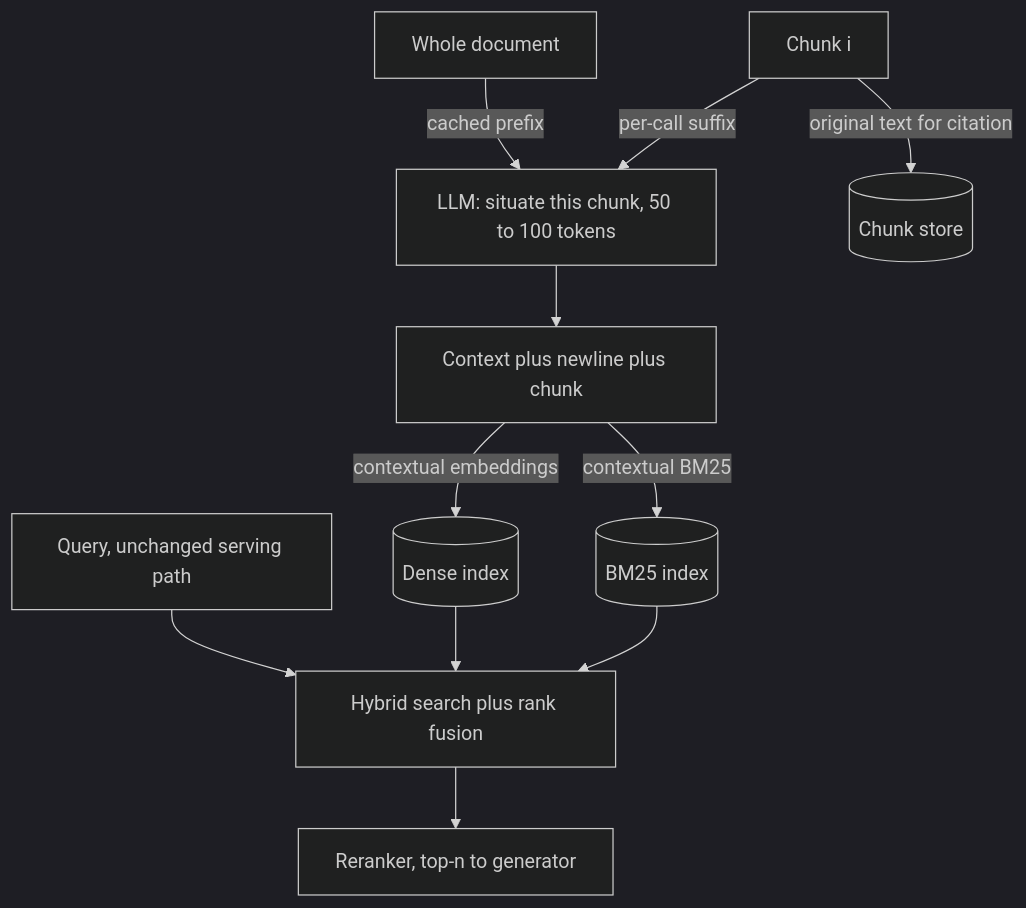
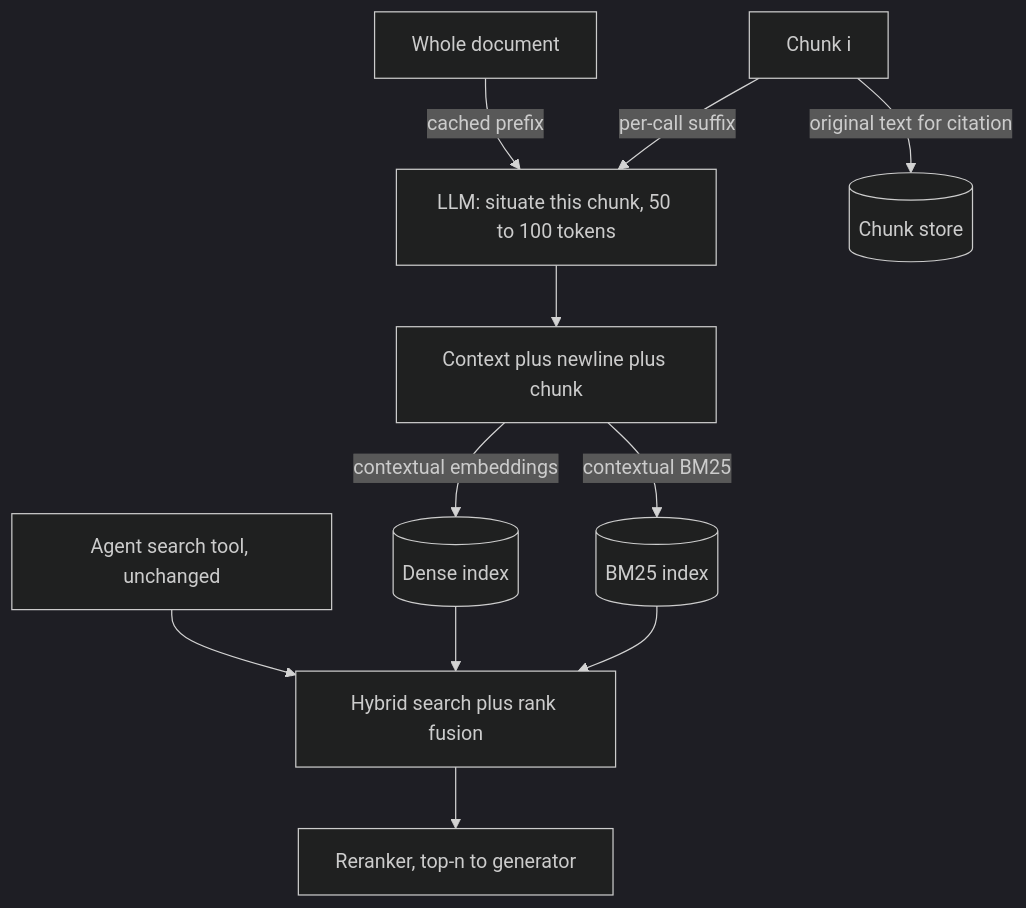
The diagram in content/rag-retrieval/contextual-retrieval.md (lovishmahajan97/agentic-learning), drawn with Mermaid (dark theme) before and after one commit. The commit also changed other lines of this file and 266 other files, not shown here.

````diff
--- a/content/rag-retrieval/contextual-retrieval.md
+++ b/content/rag-retrieval/contextual-retrieval.md
@@ -132,13 +155,13 @@
 ```mermaid
 flowchart TD
     D["Whole document"] -->|"cached prefix"| L["LLM: situate this chunk, 50 to 100 tokens"]
     CH["Chunk i"] -->|"per-call suffix"| L
     L --> CC["Context plus newline plus chunk"]
     CC -->|"contextual embeddings"| DV[("Dense index")]
     CC -->|"contextual BM25"| BM[("BM25 index")]
     CH -->|"original text for citation"| ST[("Chunk store")]
-    Q["Query, unchanged serving path"] --> H["Hybrid search plus rank fusion"]
+    Q["Agent search tool, unchanged"] --> H["Hybrid search plus rank fusion"]
     DV --> H
     BM --> H
     H --> RR["Reranker, top-n to generator"]
 ```
````
